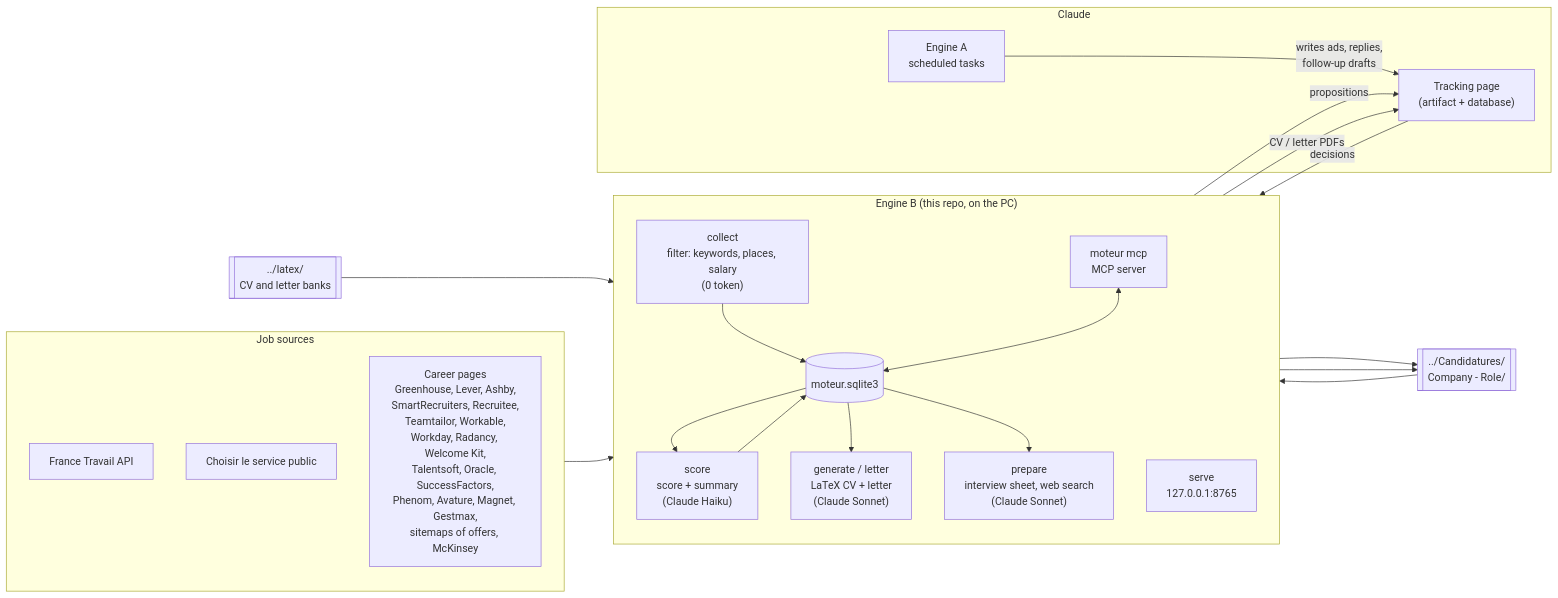
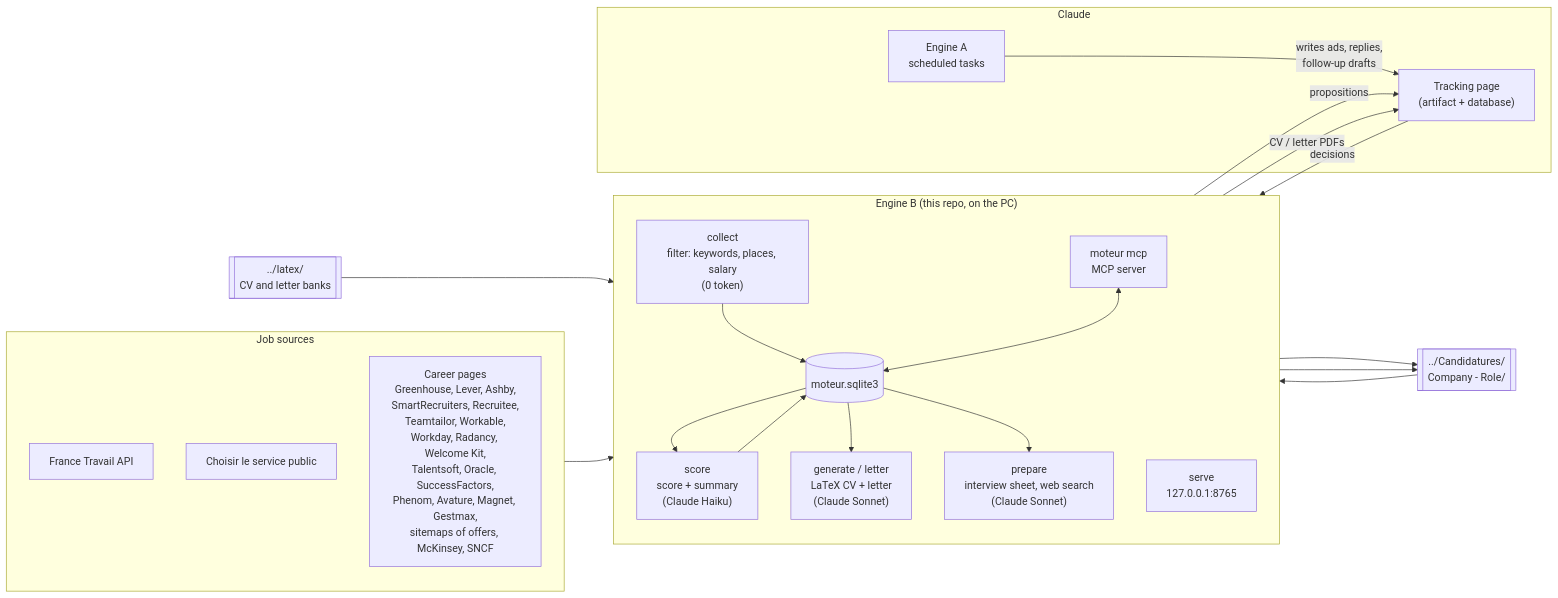
One commit to antoinebertoux/moteur-candidatures changed the first of 2 diagrams in README.md. Above: the diagram before and after it, drawn with Mermaid. The commit also changed other lines of this file and 10 other files, not shown here.

First line of the commit message:
Add an SNCF source and Gestmax table lists; follow MBDA France, SNCF Réseau and SNCF Voyageurs (SRC-99 to SRC-102)

````diff
--- a/README.md
+++ b/README.md
@@ -19,41 +19,41 @@
 ```mermaid
 flowchart LR
     subgraph sources["Job sources"]
         FT["France Travail API"]
         SP["Choisir le service public"]
-        ATS["Career pages<br/>Greenhouse, Lever, Ashby,<br/>SmartRecruiters, Recruitee,<br/>Teamtailor, Workable,<br/>Workday, Radancy, Welcome Kit,<br/>Talentsoft, Oracle, SuccessFactors,<br/>Phenom, Avature, Magnet, Gestmax,<br/>sitemaps of offers, McKinsey"]
+        ATS["Career pages<br/>Greenhouse, Lever, Ashby,<br/>SmartRecruiters, Recruitee,<br/>Teamtailor, Workable,<br/>Workday, Radancy, Welcome Kit,<br/>Talentsoft, Oracle, SuccessFactors,<br/>Phenom, Avature, Magnet, Gestmax,<br/>sitemaps of offers, McKinsey, SNCF"]
     end
 
     subgraph B["Engine B (this repo, on the PC)"]
         direction TB
         COL["collect<br/>filter: keywords, places, salary<br/>(0 token)"]
         DB[("moteur.sqlite3")]
         NOT["score<br/>score + summary<br/>(Claude Haiku)"]
         GEN["generate / letter<br/>LaTeX CV + letter<br/>(Claude Sonnet)"]
         PREP["prepare<br/>interview sheet, web search<br/>(Claude Sonnet)"]
         MCP["moteur mcp<br/>MCP server"]
         SRV["serve<br/>127.0.0.1:8765"]
         COL --> DB --> NOT --> DB
         DB --> GEN
         DB --> PREP
         MCP <--> DB
     end
 
     subgraph claude["Claude"]
         PAGE["Tracking page<br/>(artifact + database)"]
         A["Engine A<br/>scheduled tasks"]
     end
 
     LATEX[["../latex/<br/>CV and letter banks"]]
     OUT[["../Candidatures/<br/>Company - Role/"]]
 
     sources --> COL
     LATEX --> GEN
     GEN --> OUT
     PREP --> OUT
     MCP -- "propositions" --> PAGE
     PAGE -- "decisions" --> MCP
     A -- "writes ads, replies,<br/>follow-up drafts" --> PAGE
     SRV -- "CV / letter PDFs" --> PAGE
     OUT --> SRV
 ```
````
